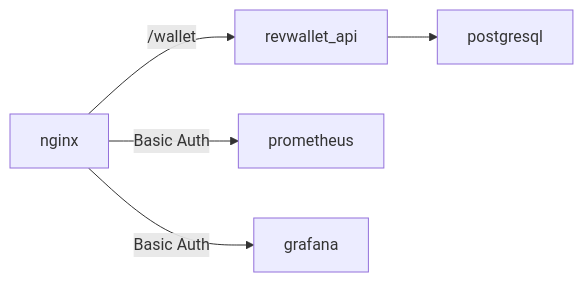
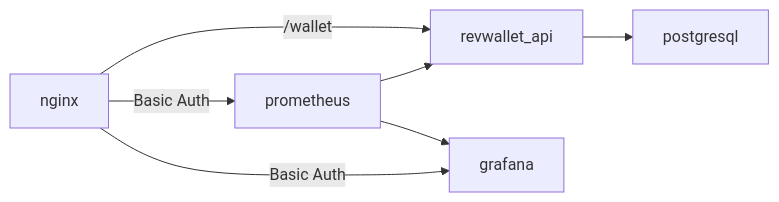
One commit to arthurjguerra/revwallet changed the diagram in README.md. Above: the diagram before and after it, drawn with Mermaid.

Commit message:
feat: add arch diagram

````diff
--- a/README.md
+++ b/README.md
@@ -6,7 +6,9 @@
 ```mermaid
 flowchart LR
   nginx -- /wallet --> revwallet_api
   nginx -- Basic Auth --> prometheus
   nginx -- Basic Auth --> grafana
   revwallet_api --> postgresql
+  prometheus --> revwallet_api
+  prometheus --> grafana
 ```
````
